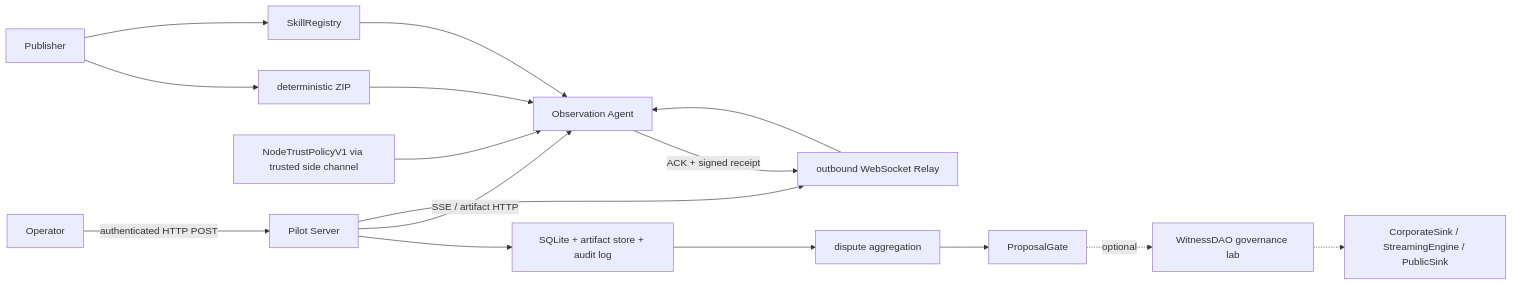
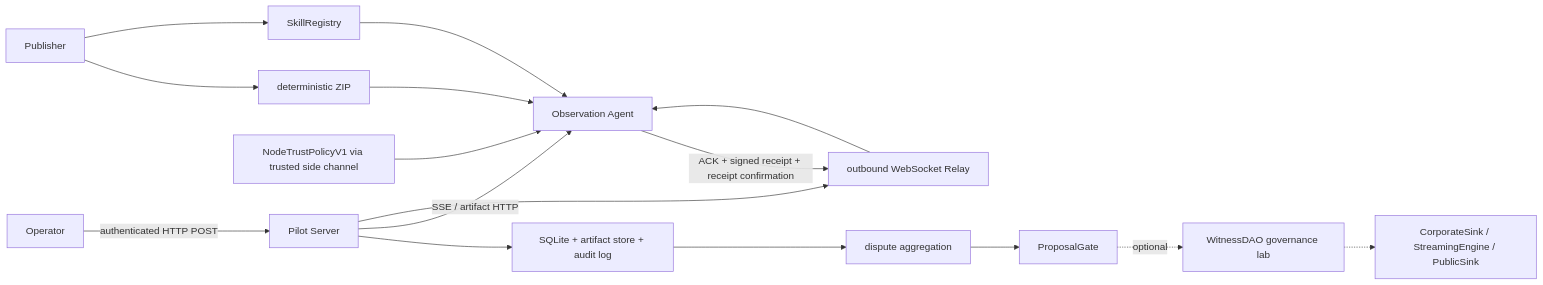
Before and after one commit to Wenbobobo/loveengine-witness-skill: the first of 4 diagrams in docs/architecture/witness-core-and-data-flow.zh-CN.md, drawn with Mermaid. The commit also changed other lines of this file and 63 other files, not shown here.

```diff
--- a/docs/architecture/witness-core-and-data-flow.zh-CN.md
+++ b/docs/architecture/witness-core-and-data-flow.zh-CN.md
@@ -28,18 +28,18 @@
 ~~~mermaid
 flowchart LR
     Publisher["Publisher"] --> Package["deterministic ZIP"]
     Publisher --> Registry["SkillRegistry"]
     Policy["NodeTrustPolicyV1 via trusted side channel"] --> Node["Observation Agent"]
     Package --> Node
     Registry --> Node
     Operator["Operator"] -->|authenticated HTTP POST| Server["Pilot Server"]
     Server --> Store["SQLite + artifact store + audit log"]
     Server -->|SSE / artifact HTTP| Node
     Server --> Relay["outbound WebSocket Relay"]
     Relay --> Node
-    Node -->|ACK + signed receipt| Relay
+    Node -->|ACK + signed receipt + receipt confirmation| Relay
     Store --> Review["dispute aggregation"]
     Review --> Gate["ProposalGate"]
     Gate -. optional .-> DAO["WitnessDAO governance lab"]
     DAO -.-> Sink["CorporateSink / StreamingEngine / PublicSink"]
 ~~~
```
